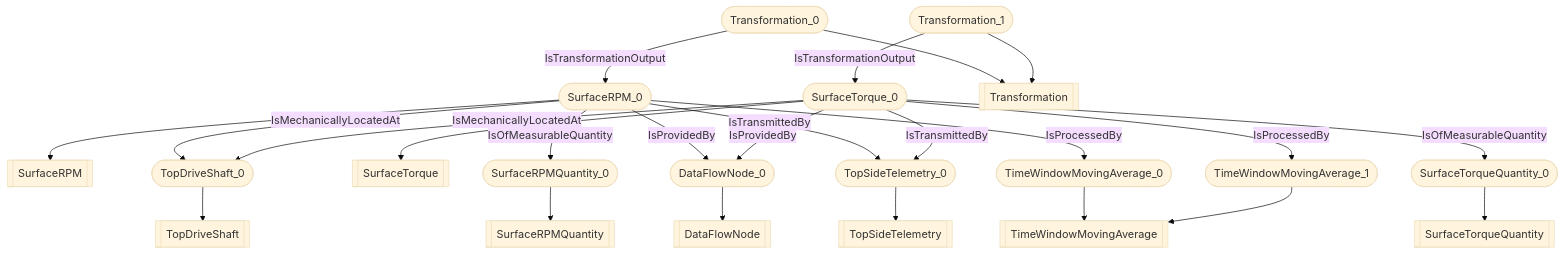
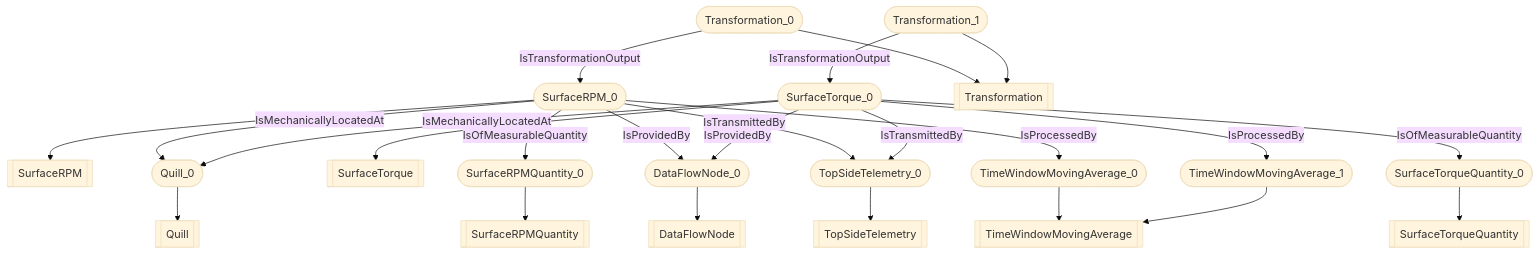
The diagram in docs/vocabulary_development/examples/Rotation and Torque.md (D-WIS/DDHub-Semantic-Interoperability), drawn with Mermaid (base theme) before and after one commit. The commit also changed other lines of this file and 28 other files, not shown here.

````diff
--- a/docs/vocabulary_development/examples/Rotation and Torque.md
+++ b/docs/vocabulary_development/examples/Rotation and Torque.md
@@ -25,26 +25,26 @@
 ```mermaid
 flowchart TD
 	SurfaceRPM_0([SurfaceRPM_0]) --> SurfaceRPM[[SurfaceRPM]]
-	TopDriveShaft_0([TopDriveShaft_0]) --> TopDriveShaft[[TopDriveShaft]]
+	Quill_0([Quill_0]) --> Quill[[Quill]]
 	SurfaceTorque_0([SurfaceTorque_0]) --> SurfaceTorque[[SurfaceTorque]]
 	SurfaceRPMQuantity_0([SurfaceRPMQuantity_0]) --> SurfaceRPMQuantity[[SurfaceRPMQuantity]]
 	SurfaceTorqueQuantity_0([SurfaceTorqueQuantity_0]) --> SurfaceTorqueQuantity[[SurfaceTorqueQuantity]]
 	Transformation_0([Transformation_0]) --> Transformation[[Transformation]]
 	Transformation_1([Transformation_1]) --> Transformation[[Transformation]]
 	DataFlowNode_0([DataFlowNode_0]) --> DataFlowNode[[DataFlowNode]]
 	TopSideTelemetry_0([TopSideTelemetry_0]) --> TopSideTelemetry[[TopSideTelemetry]]
 	TimeWindowMovingAverage_0([TimeWindowMovingAverage_0]) --> TimeWindowMovingAverage[[TimeWindowMovingAverage]]
 	TimeWindowMovingAverage_1([TimeWindowMovingAverage_1]) --> TimeWindowMovingAverage[[TimeWindowMovingAverage]]
-	 SurfaceRPM_0 -- IsMechanicallyLocatedAt --> TopDriveShaft_0 
-	 SurfaceTorque_0 -- IsMechanicallyLocatedAt --> TopDriveShaft_0 
+	 SurfaceRPM_0 -- IsMechanicallyLocatedAt --> Quill_0 
+	 SurfaceTorque_0 -- IsMechanicallyLocatedAt --> Quill_0 
 	 SurfaceRPM_0 -- IsOfMeasurableQuantity --> SurfaceRPMQuantity_0 
 	 SurfaceTorque_0 -- IsOfMeasurableQuantity --> SurfaceTorqueQuantity_0 
 	 Transformation_0 -- IsTransformationOutput --> SurfaceRPM_0 
 	 Transformation_1 -- IsTransformationOutput --> SurfaceTorque_0 
 	 SurfaceRPM_0 -- IsProvidedBy --> DataFlowNode_0 
 	 SurfaceTorque_0 -- IsProvidedBy --> DataFlowNode_0 
 	 SurfaceRPM_0 -- IsTransmittedBy --> TopSideTelemetry_0 
 	 SurfaceTorque_0 -- IsTransmittedBy --> TopSideTelemetry_0 
 	 SurfaceRPM_0 -- IsProcessedBy --> TimeWindowMovingAverage_0 
 	 SurfaceTorque_0 -- IsProcessedBy --> TimeWindowMovingAverage_1 
 ```
````
